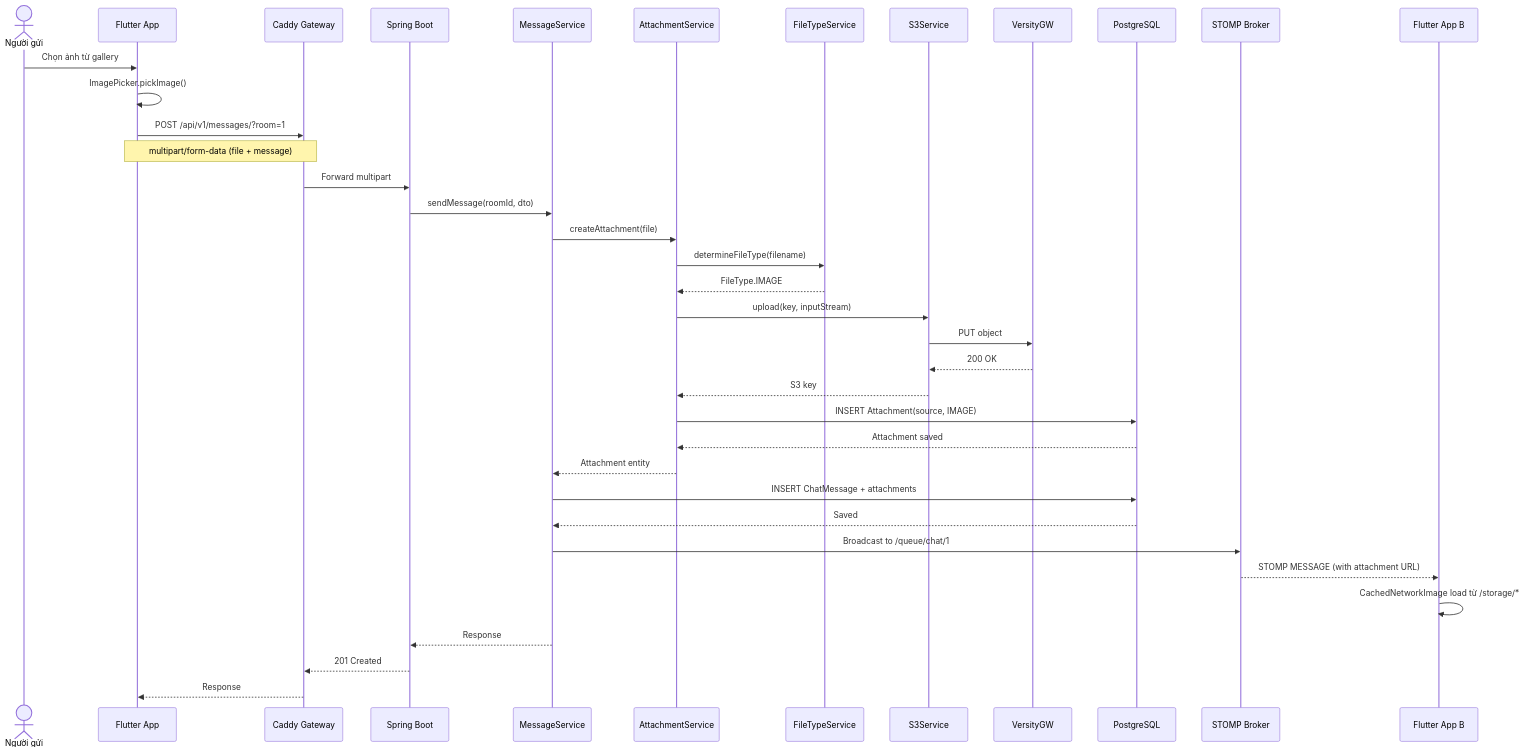
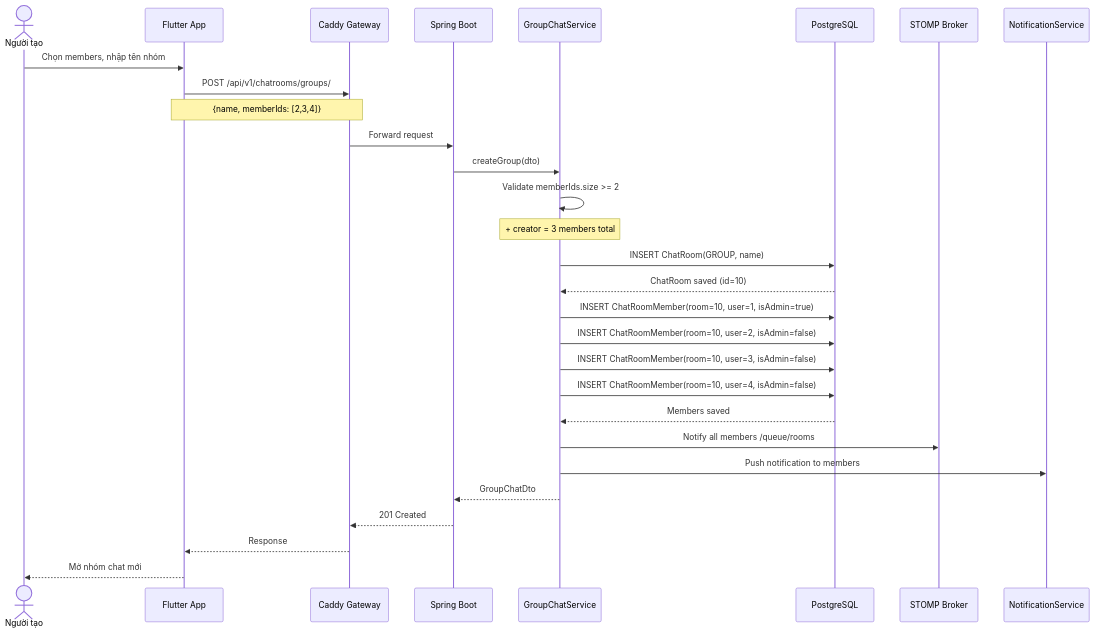
The fifth of 11 diagrams in bao_cao_thanh_vien_4.md (HiepNguyen284/chatapp), drawn with Mermaid before and after one commit. The commit also changed other lines of this file and 4473 other files, not shown here.

````diff
--- a/bao_cao_thanh_vien_4.md
+++ b/bao_cao_thanh_vien_4.md
@@ -630,40 +572,32 @@
 ```mermaid
 sequenceDiagram
-    actor User as Người gửi
+    actor UserA as Người tạo
     participant App as Flutter App
     participant API as Caddy Gateway
     participant SB as Spring Boot
-    participant MsgSvc as MessageService
-    participant AttSvc as AttachmentService
-    participant FTSvc as FileTypeService
-    participant S3 as S3Service
-    participant Store as VersityGW
+    participant GrpSvc as GroupChatService
     participant DB as PostgreSQL
     participant STOMP as STOMP Broker
-    participant AppB as Flutter App B
+    participant Notify as NotificationService
 
-    User->>App: Chọn ảnh từ gallery
-    App->>App: ImagePicker.pickImage()
-    App->>API: POST /api/v1/messages/?room=1
-    Note over App,API: multipart/form-data (file + message)
-    API->>SB: Forward multipart
-    SB->>MsgSvc: sendMessage(roomId, dto)
-    MsgSvc->>AttSvc: createAttachment(file)
-    AttSvc->>FTSvc: determineFileType(filename)
-    FTSvc-->>AttSvc: FileType.IMAGE
-    AttSvc->>S3: upload(key, inputStream)
-    S3->>Store: PUT object
-    Store-->>S3: 200 OK
-    S3-->>AttSvc: S3 key
-    AttSvc->>DB: INSERT Attachment(source, IMAGE)
-    DB-->>AttSvc: Attachment saved
-    AttSvc-->>MsgSvc: Attachment entity
-    MsgSvc->>DB: INSERT ChatMessage + attachments
-    DB-->>MsgSvc: Saved
-    MsgSvc->>STOMP: Broadcast to /queue/chat/1
-    STOMP-->>AppB: STOMP MESSAGE (with attachment URL)
-    AppB->>AppB: CachedNetworkImage load từ /storage/*
-    MsgSvc-->>SB: Response
+    UserA->>App: Chọn members, nhập tên nhóm
+    App->>API: POST /api/v1/chatrooms/groups/
+    Note over App,API: {name, memberIds: [2,3,4]}
+    API->>SB: Forward request
+    SB->>GrpSvc: createGroup(dto)
+    GrpSvc->>GrpSvc: Validate memberIds.size >= 2
+    Note over GrpSvc: + creator = 3 members total
+    GrpSvc->>DB: INSERT ChatRoom(GROUP, name)
+    DB-->>GrpSvc: ChatRoom saved (id=10)
+    GrpSvc->>DB: INSERT ChatRoomMember(room=10, user=1, isAdmin=true)
+    GrpSvc->>DB: INSERT ChatRoomMember(room=10, user=2, isAdmin=false)
+    GrpSvc->>DB: INSERT ChatRoomMember(room=10, user=3, isAdmin=false)
+    GrpSvc->>DB: INSERT ChatRoomMember(room=10, user=4, isAdmin=false)
+    DB-->>GrpSvc: Members saved
+    GrpSvc->>STOMP: Notify all members /queue/rooms
+    GrpSvc->>Notify: Push notification to members
+    GrpSvc-->>SB: GroupChatDto
     SB-->>API: 201 Created
     API-->>App: Response
+    App-->>UserA: Mở nhóm chat mới
 ```
````
